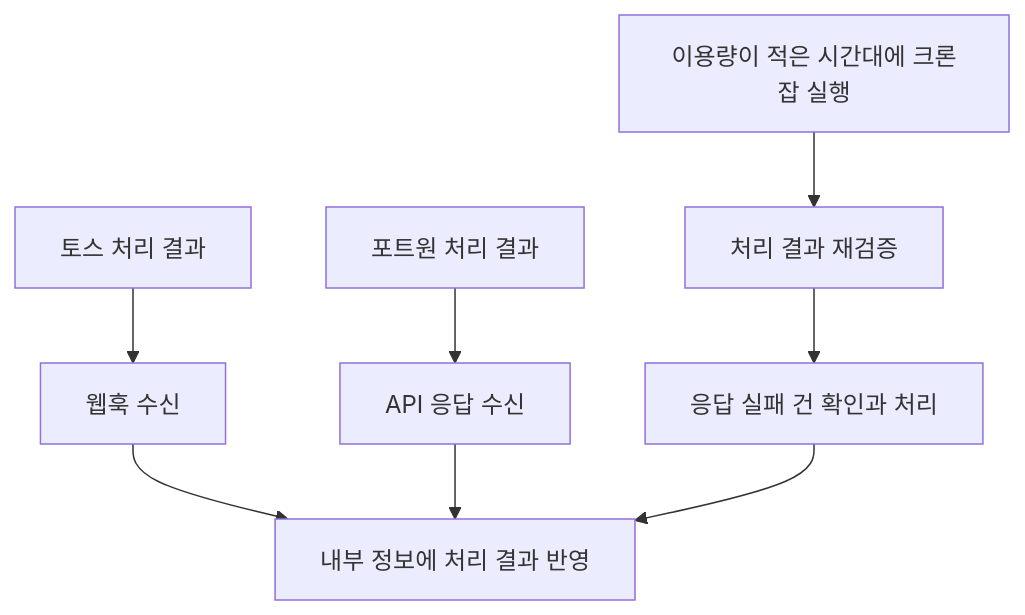
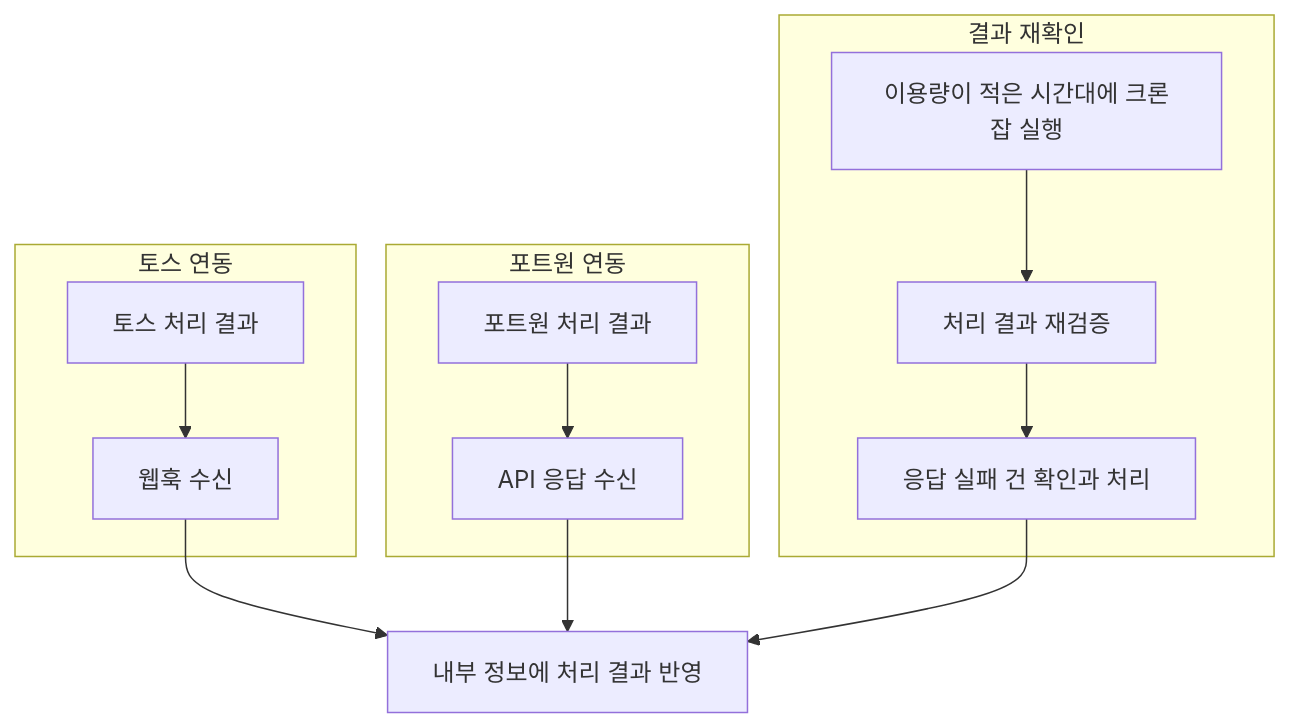
Before and after one commit to KimHG1995/work-history: the third of 3 diagrams in projects/platform-operations/settlement.md, drawn with Mermaid. The commit also changed 4 other files, not shown here.

Commit message:
docs: 업무 단계와 구조 전환을 구분해 Mermaid 가독성 개선

````diff
--- a/projects/platform-operations/settlement.md
+++ b/projects/platform-operations/settlement.md
@@ -78,10 +78,19 @@
 ```mermaid
 flowchart TB
-    toss["토스 처리 결과"] --> webhook["웹훅 수신"]
-    portone["포트원 처리 결과"] --> response["API 응답 수신"]
+    subgraph Toss["토스 연동"]
+        toss["토스 처리 결과"] --> webhook["웹훅 수신"]
+    end
+
+    subgraph PortOne["포트원 연동"]
+        portone["포트원 처리 결과"] --> response["API 응답 수신"]
+    end
+
+    subgraph Cron["결과 재확인"]
+        cron["이용량이 적은 시간대에 크론잡 실행"] --> verify["처리 결과 재검증"]
+        verify --> failed["응답 실패 건 확인과 처리"]
+    end
+
     webhook --> update["내부 정보에 처리 결과 반영"]
     response --> update
-    cron["이용량이 적은 시간대에 크론잡 실행"] --> verify["처리 결과 재검증"]
-    verify --> failed["응답 실패 건 확인과 처리"]
     failed --> update
 ```
````
